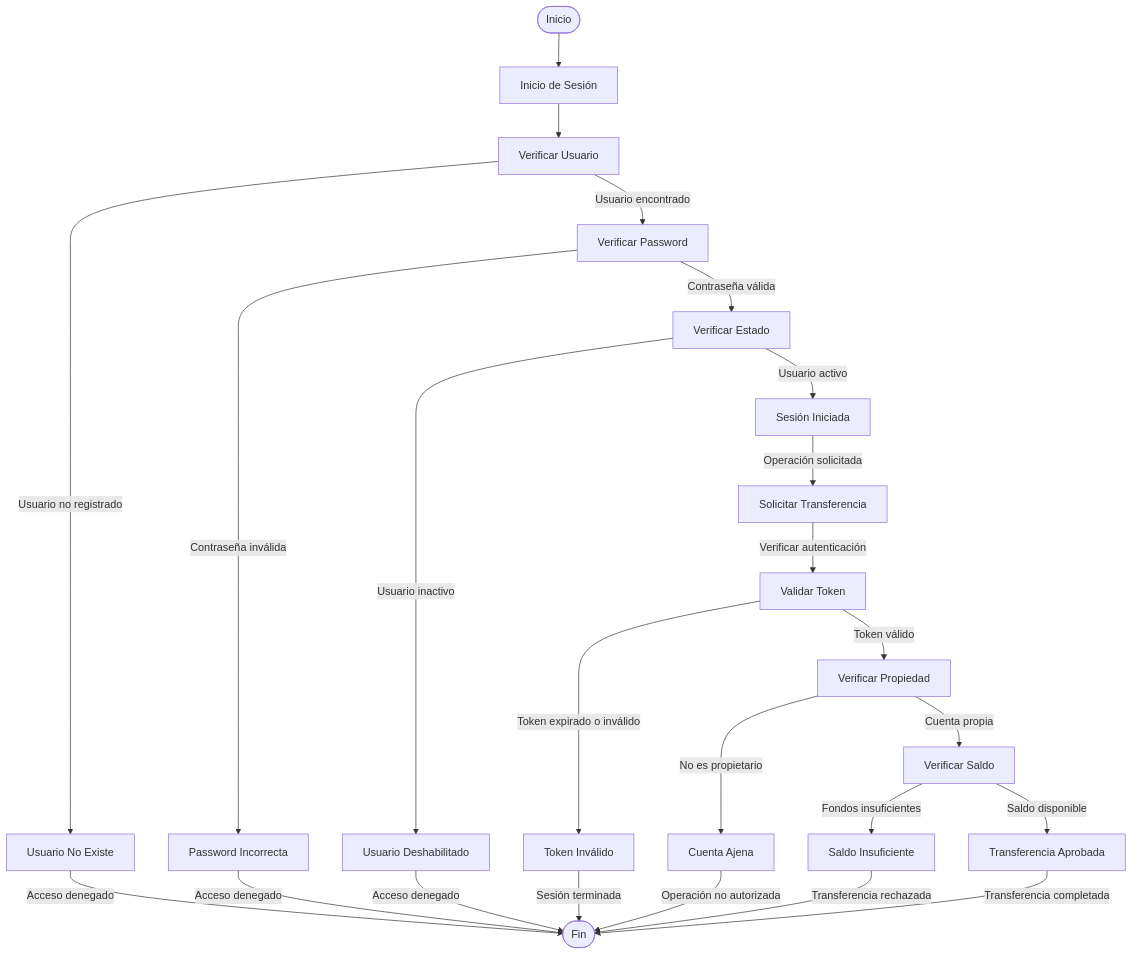
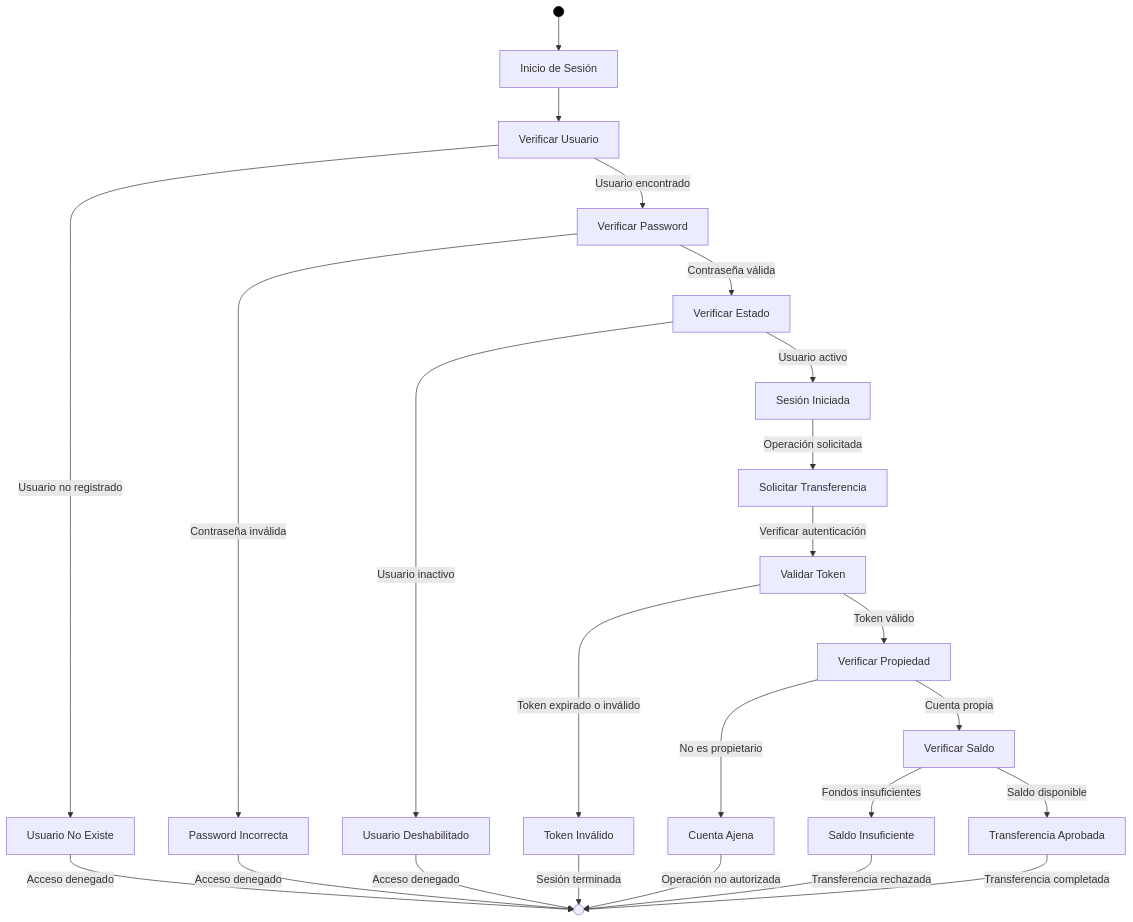
One commit to INizetich/ArCash-Angular changed the fifth of 5 diagrams in arquitectura/UML-Diagramas.md. Above: the diagram before and after it, drawn with Mermaid. The commit also changed other lines of this file and 4 other files, not shown here.

````diff
--- a/arquitectura/UML-Diagramas.md
+++ b/arquitectura/UML-Diagramas.md
@@ -357,34 +413,36 @@
 ```mermaid
 flowchart TD
-    Start([Inicio]) --> InicioSesion[Inicio de Sesión]
+    Start(( )):::startNode --> InicioSesion[Inicio de Sesión]
     
     InicioSesion --> VerificarUsuario[Verificar Usuario]
     VerificarUsuario -->|Usuario no registrado| UsuarioNoExiste[Usuario No Existe]
     VerificarUsuario -->|Usuario encontrado| VerificarPassword[Verificar Password]
     
     VerificarPassword -->|Contraseña inválida| PasswordIncorrecta[Password Incorrecta]
     VerificarPassword -->|Contraseña válida| VerificarEstado[Verificar Estado]
     
     VerificarEstado -->|Usuario inactivo| UsuarioDeshabilitado[Usuario Deshabilitado]
     VerificarEstado -->|Usuario activo| SesionIniciada[Sesión Iniciada]
     
     SesionIniciada -->|Operación solicitada| SolicitarTransferencia[Solicitar Transferencia]
     
     SolicitarTransferencia -->|Verificar autenticación| ValidarToken[Validar Token]
     ValidarToken -->|Token expirado o inválido| TokenInvalido[Token Inválido]
     ValidarToken -->|Token válido| VerificarPropiedad[Verificar Propiedad]
     
     VerificarPropiedad -->|No es propietario| CuentaAjena[Cuenta Ajena]
     VerificarPropiedad -->|Cuenta propia| VerificarSaldo[Verificar Saldo]
     
     VerificarSaldo -->|Fondos insuficientes| SaldoInsuficiente[Saldo Insuficiente]
     VerificarSaldo -->|Saldo disponible| TransferenciaAprobada[Transferencia Aprobada]
     
-    UsuarioNoExiste -->|Acceso denegado| End([Fin])
-    PasswordIncorrecta -->|Acceso denegado| End
-    UsuarioDeshabilitado -->|Acceso denegado| End
-    TokenInvalido -->|Sesión terminada| End
-    CuentaAjena -->|Operación no autorizada| End
-    SaldoInsuficiente -->|Transferencia rechazada| End
-    TransferenciaAprobada -->|Transferencia completada| End
+    UsuarioNoExiste -->|Acceso denegado| End(( ))
+    PasswordIncorrecta -->|Acceso denegado| End(( ))
+    UsuarioDeshabilitado -->|Acceso denegado| End(( ))
+    TokenInvalido -->|Sesión terminada| End(( ))
+    CuentaAjena -->|Operación no autorizada| End(( ))
+    SaldoInsuficiente -->|Transferencia rechazada| End(( ))
+    TransferenciaAprobada -->|Transferencia completada| End(( ))
+
+    classDef startNode fill:#000,stroke:#000,stroke-width:1px;
 ```
````
